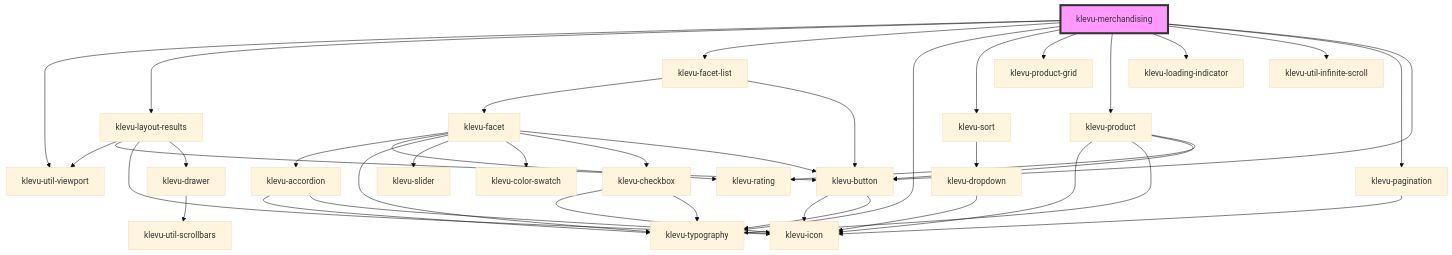
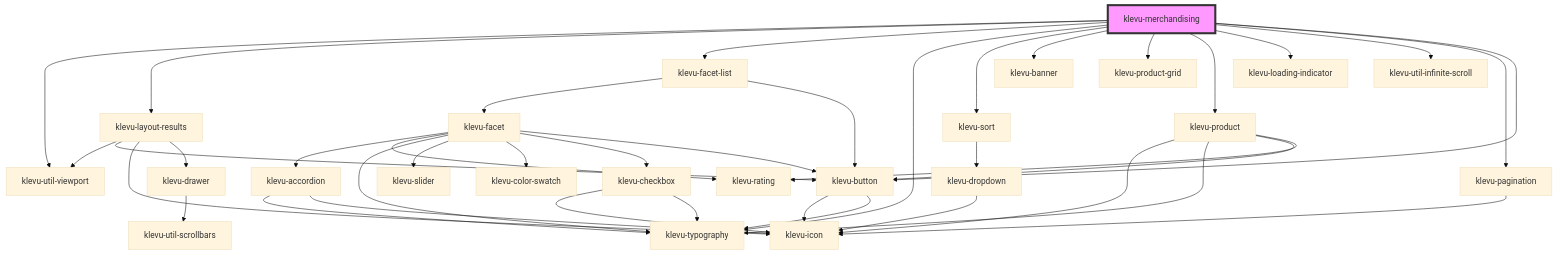
The diagram in packages/klevu-ui/src/components/klevu-merchandising/readme.md (klevultd/frontend-sdk), drawn with Mermaid (base theme) before and after one commit. The commit also changed other lines of this file and 22 other files, not shown here.

````diff
--- a/packages/klevu-ui/src/components/klevu-merchandising/readme.md
+++ b/packages/klevu-ui/src/components/klevu-merchandising/readme.md
@@ -64,42 +65,43 @@
 ```mermaid
 graph TD;
   klevu-merchandising --> klevu-util-viewport
   klevu-merchandising --> klevu-layout-results
   klevu-merchandising --> klevu-facet-list
   klevu-merchandising --> klevu-typography
   klevu-merchandising --> klevu-sort
+  klevu-merchandising --> klevu-banner
   klevu-merchandising --> klevu-product-grid
   klevu-merchandising --> klevu-product
   klevu-merchandising --> klevu-loading-indicator
   klevu-merchandising --> klevu-util-infinite-scroll
   klevu-merchandising --> klevu-pagination
   klevu-merchandising --> klevu-button
   klevu-layout-results --> klevu-util-viewport
   klevu-layout-results --> klevu-button
   klevu-layout-results --> klevu-icon
   klevu-layout-results --> klevu-drawer
   klevu-button --> klevu-icon
   klevu-button --> klevu-typography
   klevu-drawer --> klevu-util-scrollbars
   klevu-facet-list --> klevu-facet
   klevu-facet-list --> klevu-button
   klevu-facet --> klevu-accordion
   klevu-facet --> klevu-rating
   klevu-facet --> klevu-typography
   klevu-facet --> klevu-slider
   klevu-facet --> klevu-color-swatch
   klevu-facet --> klevu-checkbox
   klevu-facet --> klevu-button
   klevu-accordion --> klevu-typography
   klevu-accordion --> klevu-icon
   klevu-checkbox --> klevu-icon
   klevu-checkbox --> klevu-typography
   klevu-sort --> klevu-dropdown
   klevu-dropdown --> klevu-icon
   klevu-product --> klevu-icon
   klevu-product --> klevu-typography
   klevu-product --> klevu-button
   klevu-product --> klevu-rating
   klevu-pagination --> klevu-icon
   style klevu-merchandising fill:#f9f,stroke:#333,stroke-width:4px
 ```
````
